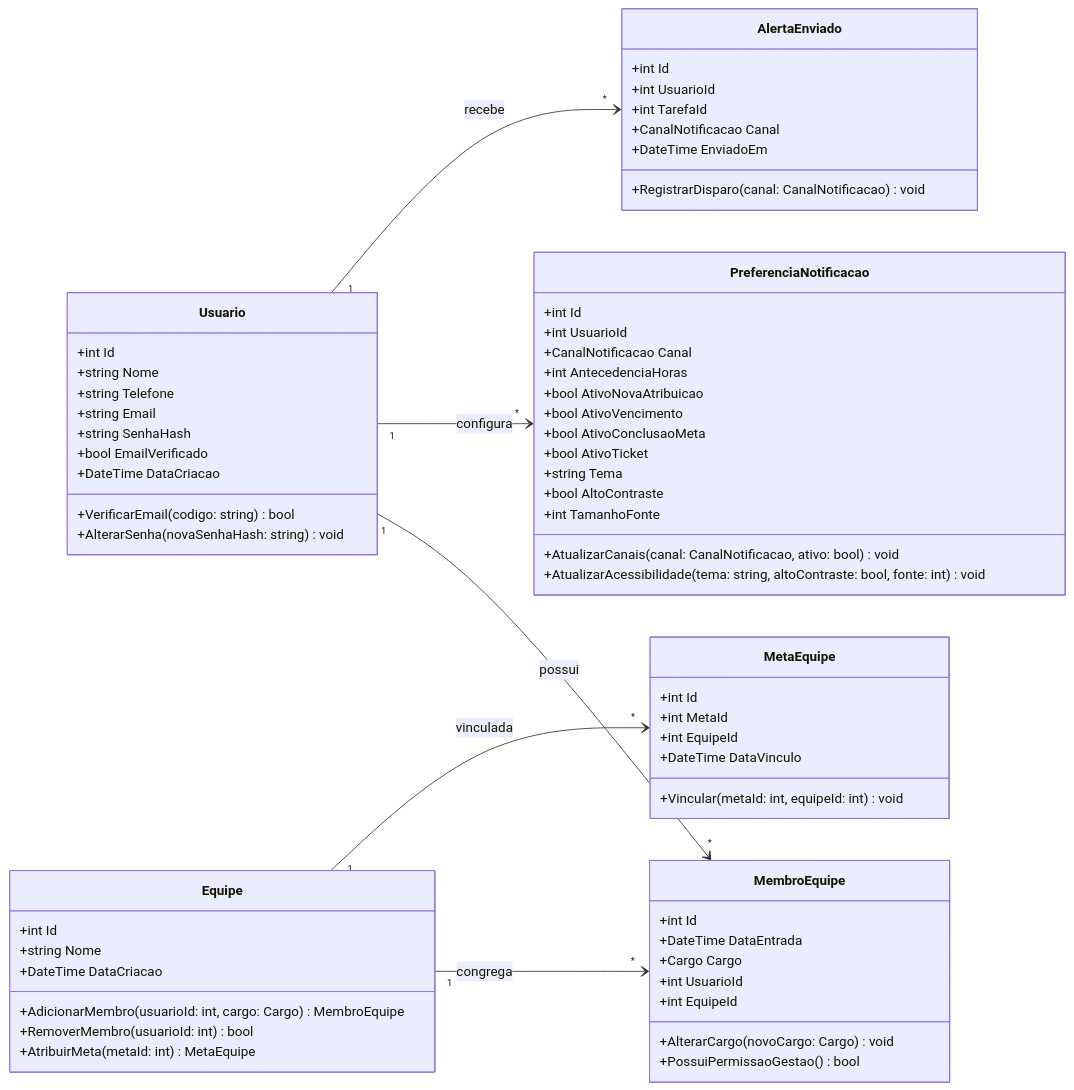
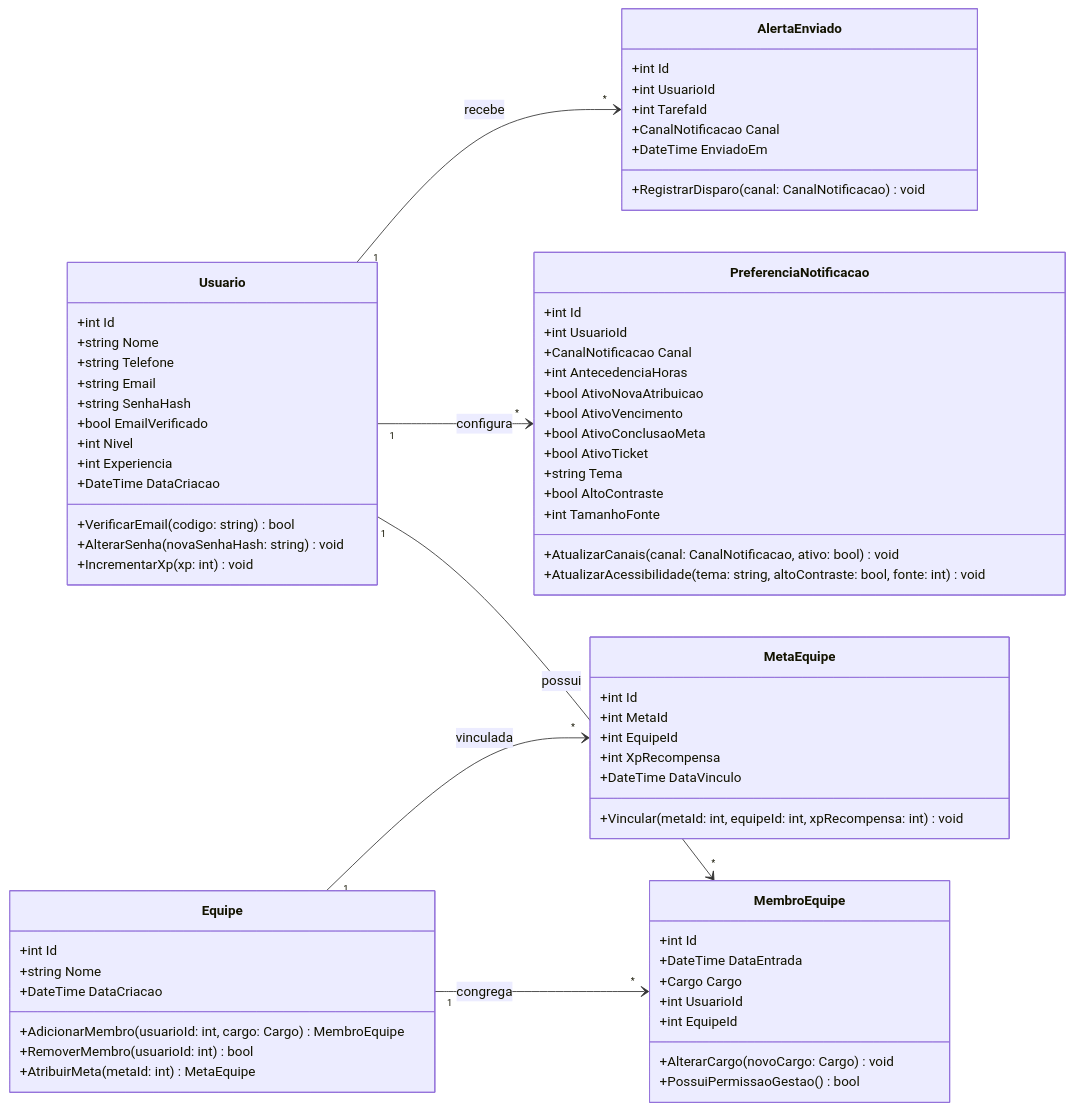
One commit to aikovlr/Cortex-backend changed the third of 36 diagrams in DIAGRAMAS.md. Above: the diagram before and after it, drawn with Mermaid. The commit also changed other lines of this file and 30 other files, not shown here.

Commit message:
feat(metas, usuarios): adicionar nivel e xp a usuarios, recompensa de xp em meta de equipe e normalizar relacionamento de tarefas

````diff
--- a/DIAGRAMAS.md
+++ b/DIAGRAMAS.md
@@ -385,74 +387,78 @@
 ```mermaid
 classDiagram
     direction LR
 
     class Usuario {
         +int Id
         +string Nome
         +string Telefone
         +string Email
         +string SenhaHash
         +bool EmailVerificado
+        +int Nivel
+        +int Experiencia
         +DateTime DataCriacao
         +VerificarEmail(codigo: string) bool
         +AlterarSenha(novaSenhaHash: string) void
+        +IncrementarXp(xp: int) void
     }
 
     class Equipe {
         +int Id
         +string Nome
         +DateTime DataCriacao
         +AdicionarMembro(usuarioId: int, cargo: Cargo) MembroEquipe
         +RemoverMembro(usuarioId: int) bool
         +AtribuirMeta(metaId: int) MetaEquipe
     }
 
     class MembroEquipe {
         +int Id
         +DateTime DataEntrada
         +Cargo Cargo
         +int UsuarioId
         +int EquipeId
         +AlterarCargo(novoCargo: Cargo) void
         +PossuiPermissaoGestao() bool
     }
 
     class MetaEquipe {
         +int Id
         +int MetaId
         +int EquipeId
+        +int XpRecompensa
         +DateTime DataVinculo
-        +Vincular(metaId: int, equipeId: int) void
+        +Vincular(metaId: int, equipeId: int, xpRecompensa: int) void
     }
 
     class PreferenciaNotificacao {
         +int Id
         +int UsuarioId
         +CanalNotificacao Canal
         +int AntecedenciaHoras
         +bool AtivoNovaAtribuicao
         +bool AtivoVencimento
         +bool AtivoConclusaoMeta
         +bool AtivoTicket
         +string Tema
         +bool AltoContraste
         +int TamanhoFonte
         +AtualizarCanais(canal: CanalNotificacao, ativo: bool) void
         +AtualizarAcessibilidade(tema: string, altoContraste: bool, fonte: int) void
     }
 
     class AlertaEnviado {
         +int Id
         +int UsuarioId
         +int TarefaId
         +CanalNotificacao Canal
         +DateTime EnviadoEm
         +RegistrarDisparo(canal: CanalNotificacao) void
     }
 
     Usuario "1" --> "*" MembroEquipe : possui
     Equipe "1" --> "*" MembroEquipe : congrega
     Equipe "1" --> "*" MetaEquipe : vinculada
     Usuario "1" --> "*" PreferenciaNotificacao : configura
     Usuario "1" --> "*" AlertaEnviado : recebe
 ```
````
